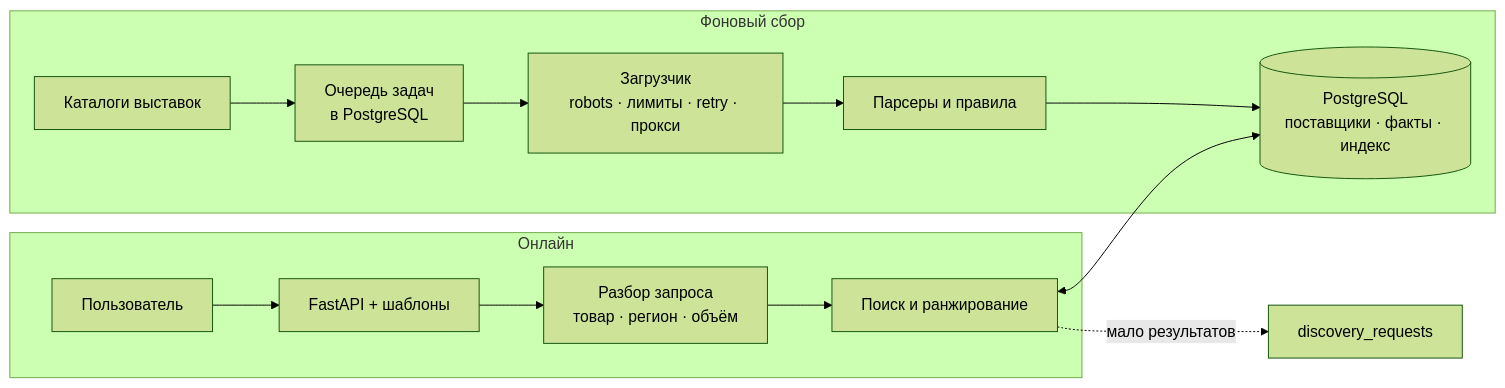
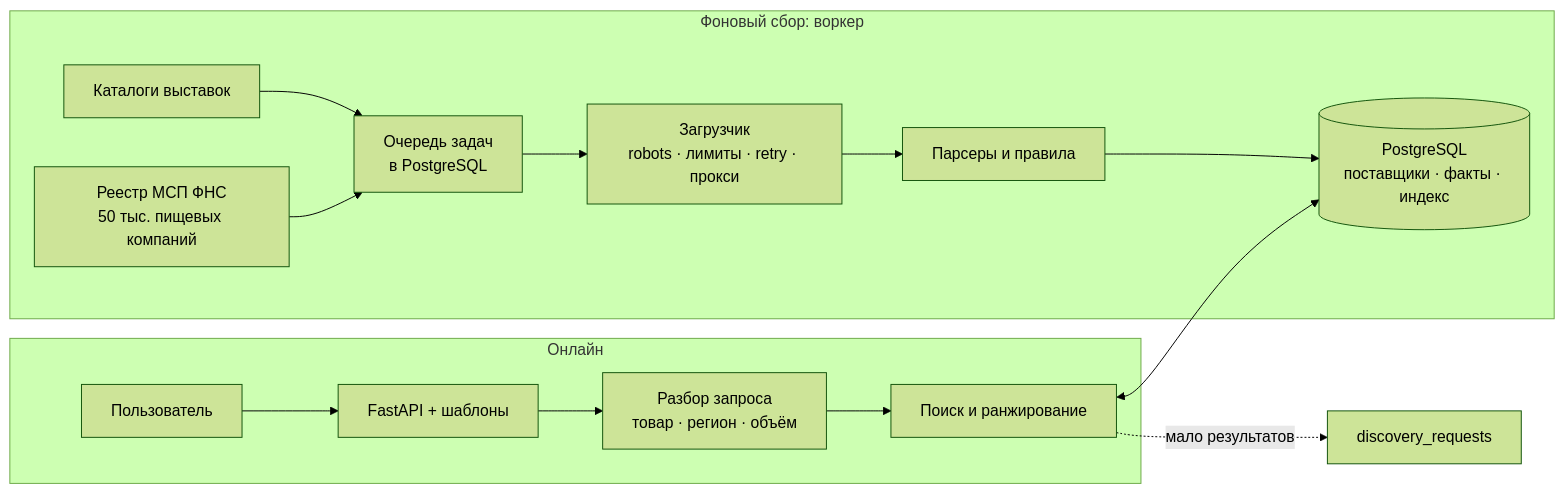
One commit to nxexox/goulash-example changed the first of 3 diagrams in README.md. Above: the diagram before and after it, drawn with Mermaid (forest theme). The commit also changed other lines of this file and 2 other files, not shown here.

````diff
--- a/README.md
+++ b/README.md
@@ -41,16 +47,17 @@
 ```mermaid
 flowchart LR
   subgraph online [Онлайн]
     U[Пользователь] --> W[FastAPI + шаблоны]
     W --> Q[Разбор запроса<br/>товар · регион · объём]
     Q --> S[Поиск и ранжирование]
   end
   S <--> DB[(PostgreSQL<br/>поставщики · факты · индекс)]
   S -. мало результатов .-> DR[discovery_requests]
-  subgraph background [Фоновый сбор]
+  subgraph background [Фоновый сбор: воркер]
     C[Каталоги выставок] --> J[Очередь задач<br/>в PostgreSQL]
+    R[Реестр МСП ФНС<br/>50 тыс. пищевых компаний] --> J
     J --> F[Загрузчик<br/>robots · лимиты · retry · прокси]
     F --> P[Парсеры и правила]
     P --> DB
   end
 ```
````
